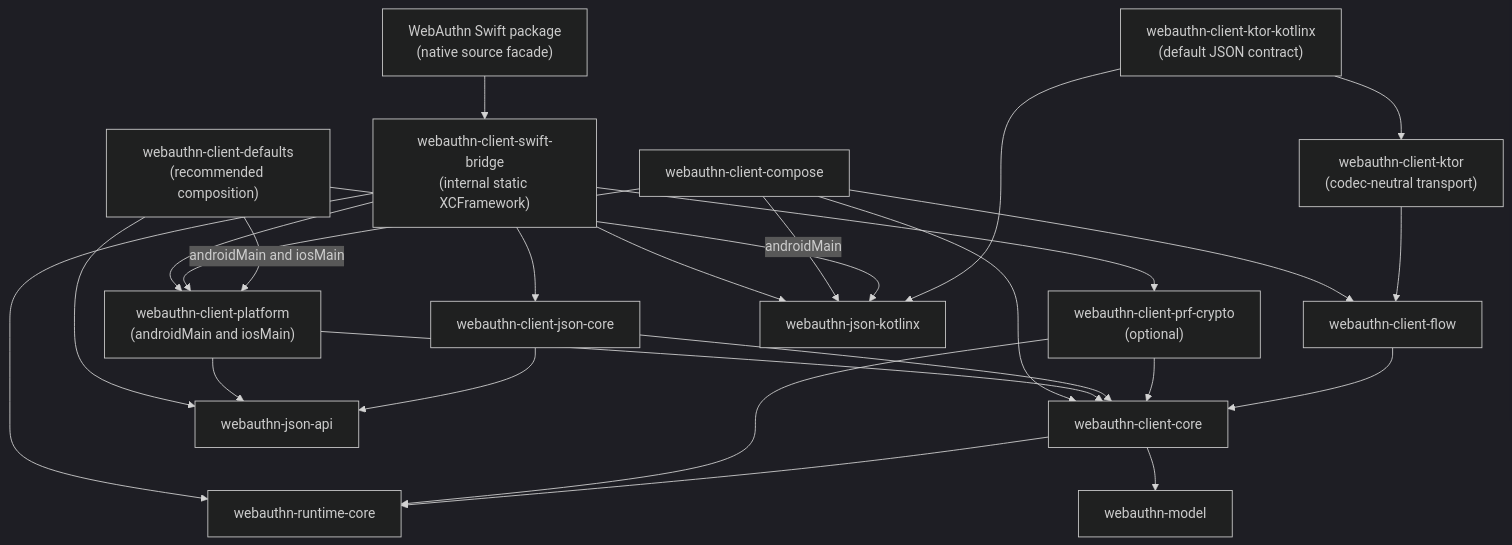
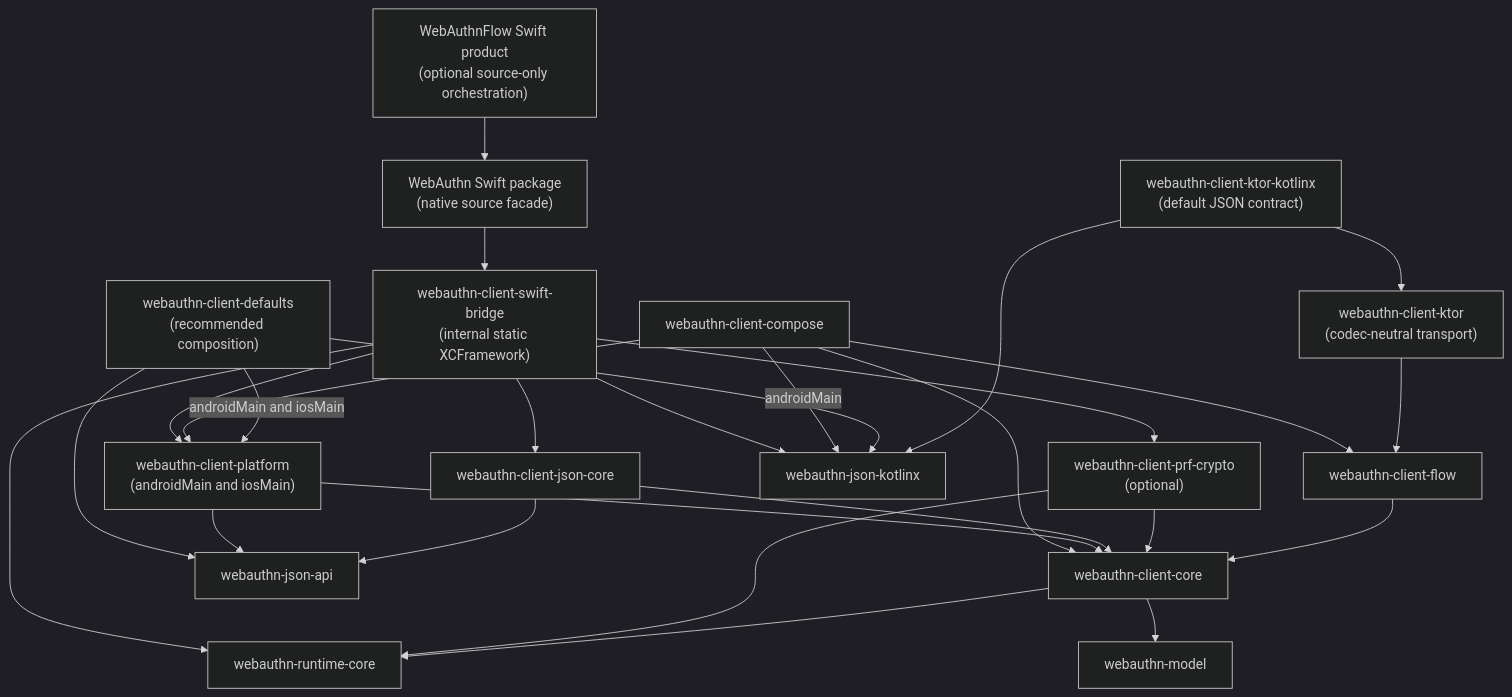
Before and after one commit to szijpeter/webauthn-kotlin-multiplatform: the third of 4 diagrams in docs/architecture.md, drawn with Mermaid (dark theme). The commit also changed other lines of this file and 37 other files, not shown here.

Commit message:
feat(swift): add reusable ceremony flow

````diff
--- a/docs/architecture.md
+++ b/docs/architecture.md
@@ -94,53 +94,55 @@
 ```mermaid
 flowchart TB
+    SWIFT_FLOW["WebAuthnFlow Swift product<br/>(optional source-only orchestration)"]
     SWIFT["WebAuthn Swift package<br/>(native source facade)"]
     SWIFT_BRIDGE["webauthn-client-swift-bridge<br/>(internal static XCFramework)"]
     COMPOSE["webauthn-client-compose"]
     PLATFORM["webauthn-client-platform<br/>(androidMain and iosMain)"]
     JSON["webauthn-client-json-core"]
     PRF["webauthn-client-prf-crypto<br/>(optional)"]
     DEFAULTS["webauthn-client-defaults<br/>(recommended composition)"]
     KTOR_KOTLINX["webauthn-client-ktor-kotlinx<br/>(default JSON contract)"]
     KTOR["webauthn-client-ktor<br/>(codec-neutral transport)"]
     FLOW["webauthn-client-flow"]
     CLIENT_CORE["webauthn-client-core"]
     JSON_API["webauthn-json-api"]
     JSON_KOTLINX["webauthn-json-kotlinx"]
     RUNTIME["webauthn-runtime-core"]
     MODEL["webauthn-model"]
 
+    SWIFT_FLOW --> SWIFT
     SWIFT --> SWIFT_BRIDGE
     SWIFT_BRIDGE --> PLATFORM
     SWIFT_BRIDGE --> JSON
     SWIFT_BRIDGE --> PRF
     SWIFT_BRIDGE --> JSON_KOTLINX
     SWIFT_BRIDGE --> RUNTIME
 
     COMPOSE --> CLIENT_CORE
     COMPOSE --> FLOW
     COMPOSE --> PLATFORM
     COMPOSE -->|androidMain| JSON_KOTLINX
 
     DEFAULTS -->|androidMain and iosMain| PLATFORM
     DEFAULTS --> JSON_API
     DEFAULTS --> JSON_KOTLINX
 
     PLATFORM --> CLIENT_CORE
     PLATFORM --> JSON_API
 
     JSON --> CLIENT_CORE
     JSON --> JSON_API
 
     PRF --> CLIENT_CORE
     PRF --> RUNTIME
 
     KTOR_KOTLINX --> KTOR
     KTOR_KOTLINX --> JSON_KOTLINX
 
     KTOR --> FLOW
 
     FLOW --> CLIENT_CORE
 
     CLIENT_CORE --> RUNTIME
     CLIENT_CORE --> MODEL
 ```
````
